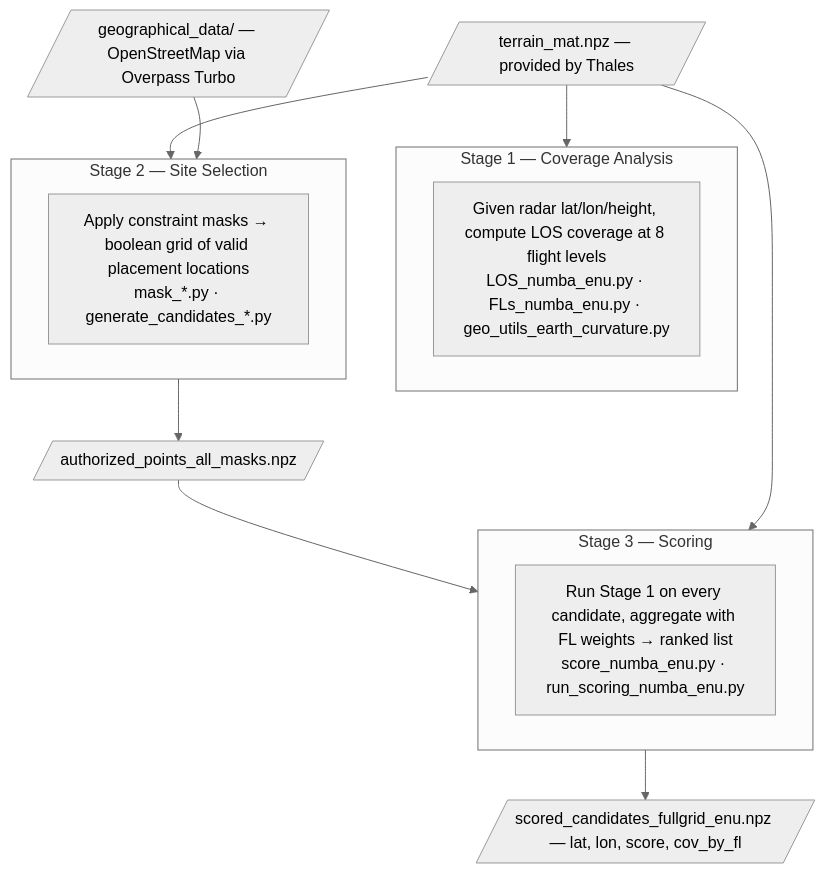
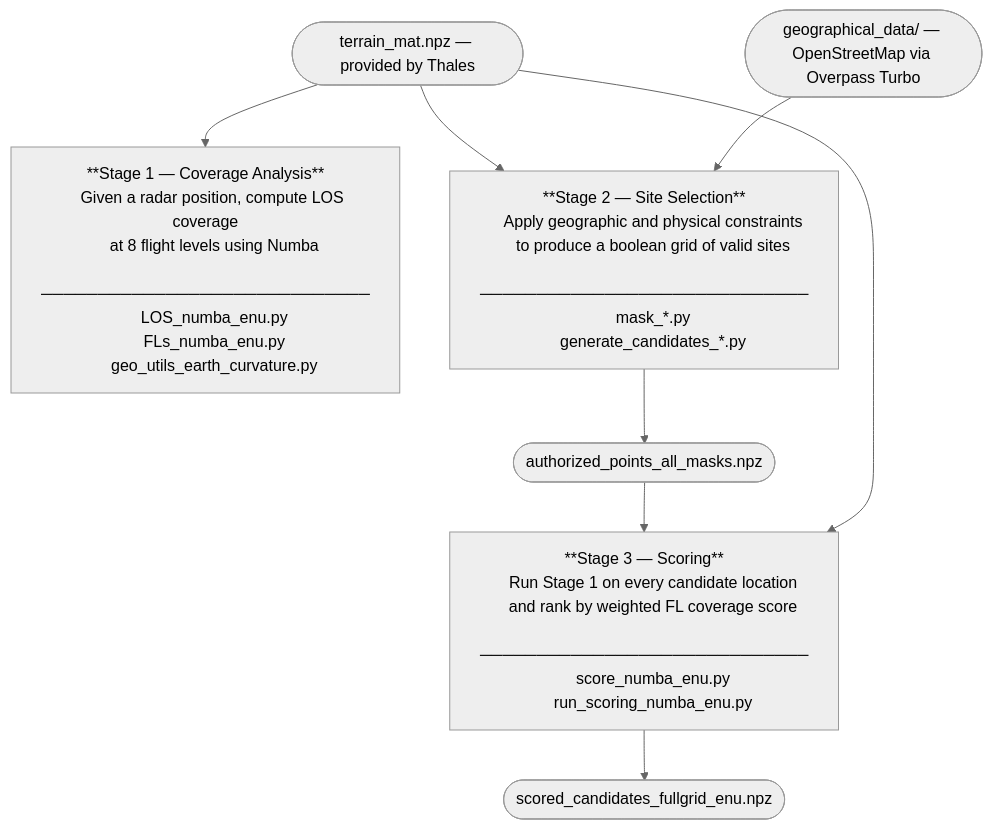
The diagram in README.md (rita-berrada/radar-site-placement-optimizer), drawn with Mermaid (neutral theme) before and after one commit. The commit also changed other lines of this file, not shown here.

````diff
--- a/README.md
+++ b/README.md
@@ -13,25 +13,37 @@
 ```mermaid
 flowchart TD
-    T1[/"terrain_mat.npz — provided by Thales"/]
-    T2[/"geographical_data/ — OpenStreetMap via Overpass Turbo"/]
+    T1([terrain_mat.npz — provided by Thales])
+    T2([geographical_data/ — OpenStreetMap via Overpass Turbo])
 
     T1 --> S1
-    subgraph S1["Stage 1 — Coverage Analysis"]
-        A["Given radar lat/lon/height, compute LOS coverage at 8 flight levels\nLOS_numba_enu.py · FLs_numba_enu.py · geo_utils_earth_curvature.py"]
-    end
-
     T1 --> S2
     T2 --> S2
-    subgraph S2["Stage 2 — Site Selection"]
-        B["Apply constraint masks → boolean grid of valid placement locations\nmask_*.py · generate_candidates_*.py"]
-    end
 
-    S2 --> C1[/"authorized_points_all_masks.npz"/]
+    S2 --> C1([authorized_points_all_masks.npz])
     C1 --> S3
     T1 --> S3
-    subgraph S3["Stage 3 — Scoring"]
-        C["Run Stage 1 on every candidate, aggregate with FL weights → ranked list\nscore_numba_enu.py · run_scoring_numba_enu.py"]
-    end
 
-    S3 --> OUT[/"scored_candidates_fullgrid_enu.npz — lat, lon, score, cov_by_fl"/]
+    S3 --> OUT([scored_candidates_fullgrid_enu.npz])
+
+    S1["**Stage 1 — Coverage Analysis**
+    Given a radar position, compute LOS coverage
+    at 8 flight levels using Numba
+    ─────────────────────────────
+    LOS_numba_enu.py
+    FLs_numba_enu.py
+    geo_utils_earth_curvature.py"]
+
+    S2["**Stage 2 — Site Selection**
+    Apply geographic and physical constraints
+    to produce a boolean grid of valid sites
+    ─────────────────────────────
+    mask_*.py
+    generate_candidates_*.py"]
+
+    S3["**Stage 3 — Scoring**
+    Run Stage 1 on every candidate location
+    and rank by weighted FL coverage score
+    ─────────────────────────────
+    score_numba_enu.py
+    run_scoring_numba_enu.py"]
 ```
````
